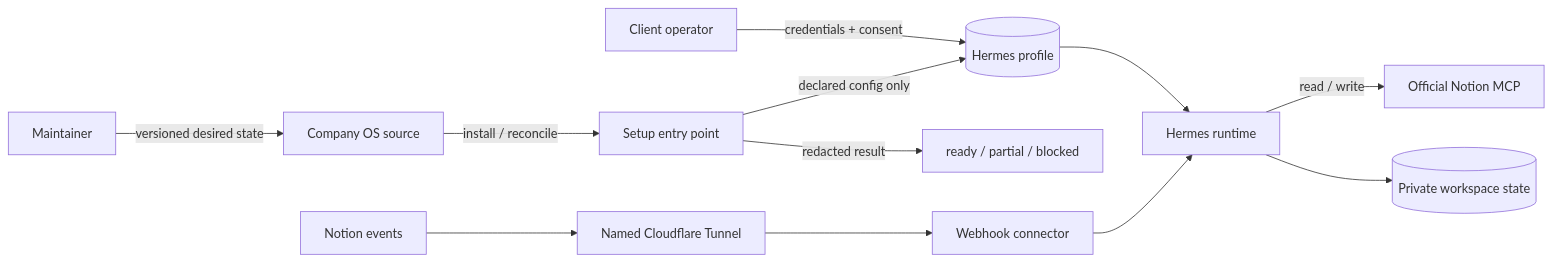
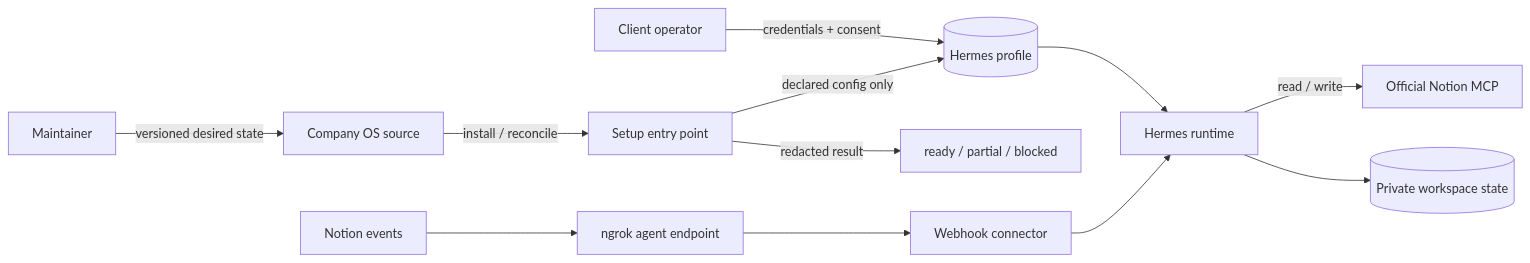
Before and after one commit to ZanarkandTechnologies/KamdarAI: the first of 2 diagrams in docs/prd.md, drawn with Mermaid. The commit also changed other lines of this file and 17 other files, not shown here.

````diff
--- a/docs/prd.md
+++ b/docs/prd.md
@@ -60,14 +59,14 @@
 ```mermaid
 flowchart LR
   maintainer[Maintainer] -->|versioned desired state| repo[Company OS source]
   operator[Client operator] -->|credentials + consent| profile[(Hermes profile)]
   repo -->|install / reconcile| setup[Setup entry point]
   setup -->|declared config only| profile
   profile --> runtime[Hermes runtime]
   runtime -->|read / write| mcp[Official Notion MCP]
-  notion[Notion events] --> tunnel[Named Cloudflare Tunnel]
-  tunnel --> connector[Webhook connector]
+  notion[Notion events] --> ingress[ngrok agent endpoint]
+  ingress --> connector[Webhook connector]
   connector --> runtime
   runtime --> workspace[(Private workspace state)]
   setup -->|redacted result| receipt[ready / partial / blocked]
 ```
````
